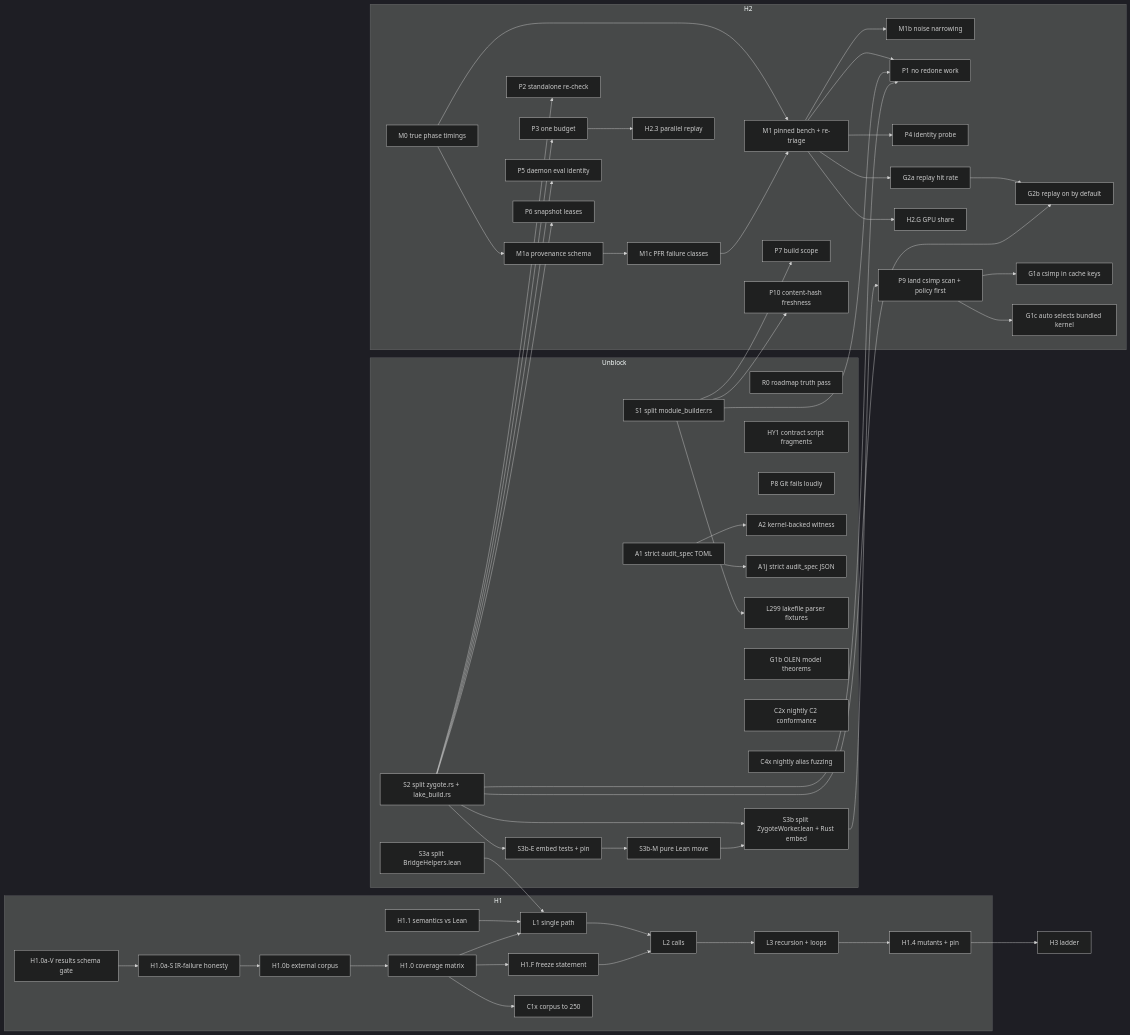
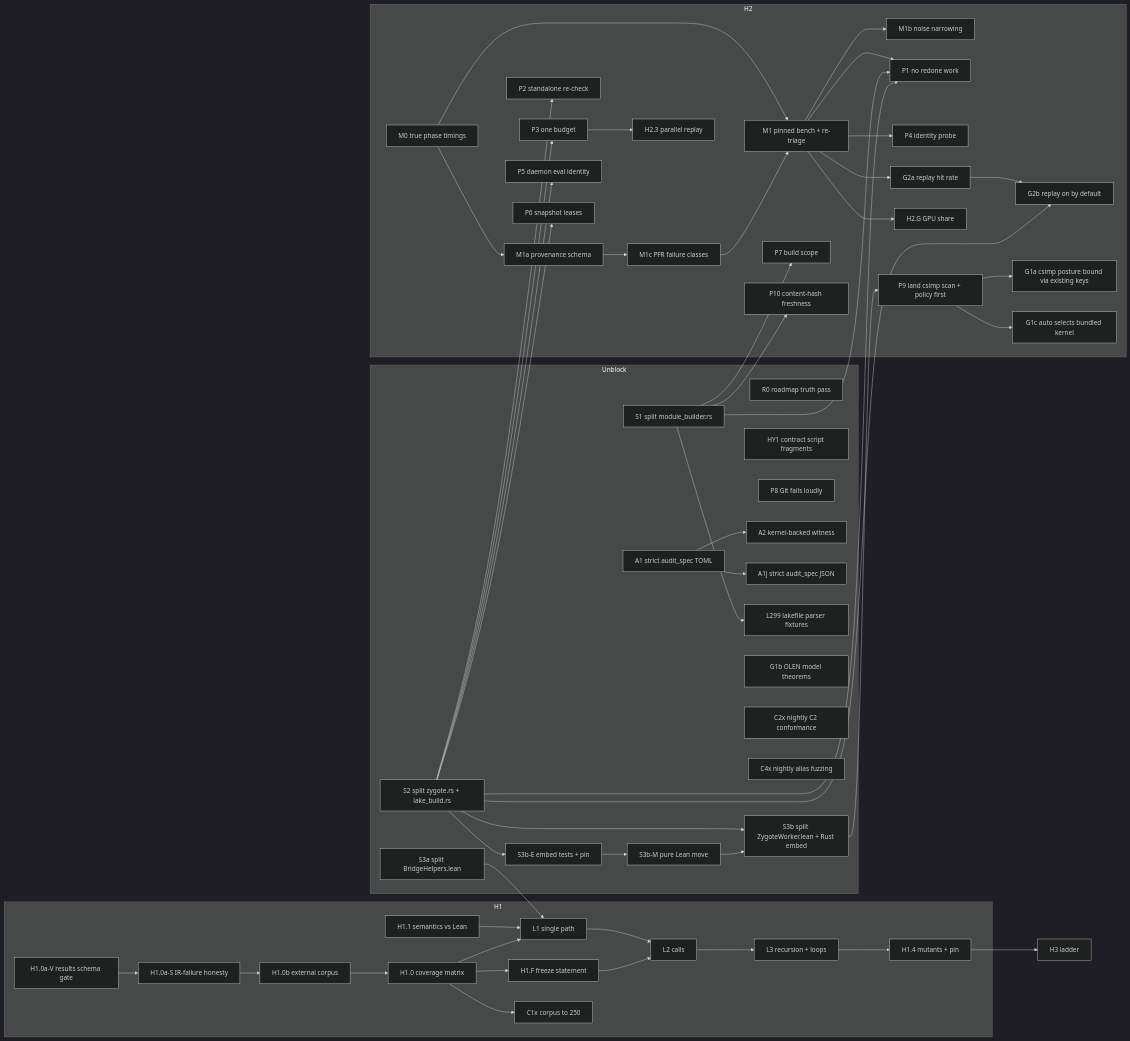
One commit to Th0rgal/turbo-lean changed the diagram in roadmap/HORIZONS.md. Above: the diagram before and after it, drawn with Mermaid (dark theme). The commit also changed other lines of this file and 2 other files, not shown here.

````diff
--- a/roadmap/HORIZONS.md
+++ b/roadmap/HORIZONS.md
@@ -99,65 +99,65 @@
 ```mermaid
 flowchart LR
   subgraph Unblock
     R0[R0 roadmap truth pass]
     S1[S1 split module_builder.rs]
     S2[S2 split zygote.rs + lake_build.rs]
     S3a[S3a split BridgeHelpers.lean]
     S3b[S3b split ZygoteWorker.lean + Rust embed]
     S3bE[S3b-E embed tests + pin]
     S3bM[S3b-M pure Lean move]
     HY1[HY1 contract script fragments]
     P8[P8 Git fails loudly]
     A1[A1 strict audit_spec TOML]
     A1 --> A2[A2 kernel-backed witness]
     A1 --> A1j[A1j strict audit_spec JSON]
     S1 --> L299[L299 lakefile parser fixtures]
     G1b[G1b OLEN model theorems]
     C2x[C2x nightly C2 conformance]
     C4x[C4x nightly alias fuzzing]
   end
   subgraph H2
     M0[M0 true phase timings] --> M1[M1 pinned bench + re-triage]
     M0 --> M1a[M1a provenance schema]
     M1a --> M1c[M1c PFR failure classes]
     M1c --> M1
     M1 --> M1b[M1b noise narrowing]
     M1 --> P1[P1 no redone work]
     S1 --> P1
     S2 --> P1
     S2 --> P2[P2 standalone re-check]
     S2 --> P3[P3 one budget]
     S2 --> P5[P5 daemon eval identity]
     S2 --> P6[P6 snapshot leases]
     S1 --> P7[P7 build scope]
     S1 --> P10[P10 content-hash freshness]
     M1 --> P4[P4 identity probe]
     P3 --> H23[H2.3 parallel replay]
     M1 --> G2a[G2a replay hit rate] --> G2b[G2b replay on by default]
     S2 --> G2b
     M1 --> H2G[H2.G GPU share]
-    P9[P9 land csimp scan + policy first] --> G1a[G1a csimp in cache keys]
+    P9[P9 land csimp scan + policy first] --> G1a[G1a csimp posture bound via existing keys]
     P9 --> G1c[G1c auto selects bundled kernel]
   end
   subgraph H1
     H10[H1.0 coverage matrix]
     H10aV[H1.0a-V results schema gate] --> H10aS[H1.0a-S IR-failure honesty]
     H10aS --> H10b[H1.0b external corpus]
     H10b --> H10
     H10 --> HF[H1.F freeze statement]
     H11[H1.1 semantics vs Lean] --> L1[L1 single path]
     S3a --> L1
     H10 --> L1
     H10 --> C1x[C1x corpus to 250]
     L1 --> L2[L2 calls]
     HF --> L2
     L2 --> L3[L3 recursion + loops]
     L3 --> H14[H1.4 mutants + pin]
   end
   H14 --> H3[H3 ladder]
   S2 --> S3b
   S2 --> S3bE
   S3bE --> S3bM
   S3bM --> S3b
   S3b --> P9
 ```
````
